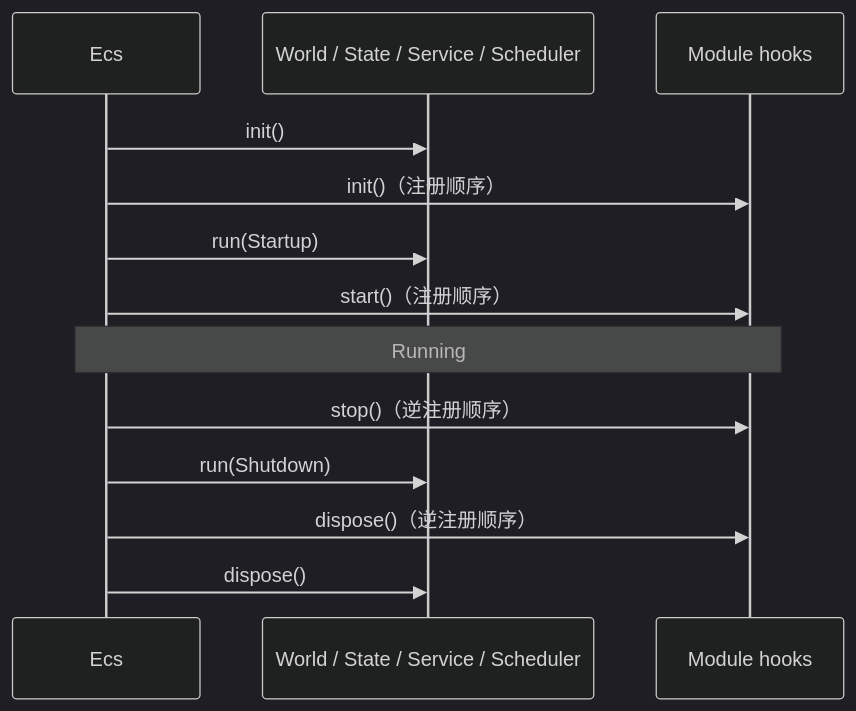
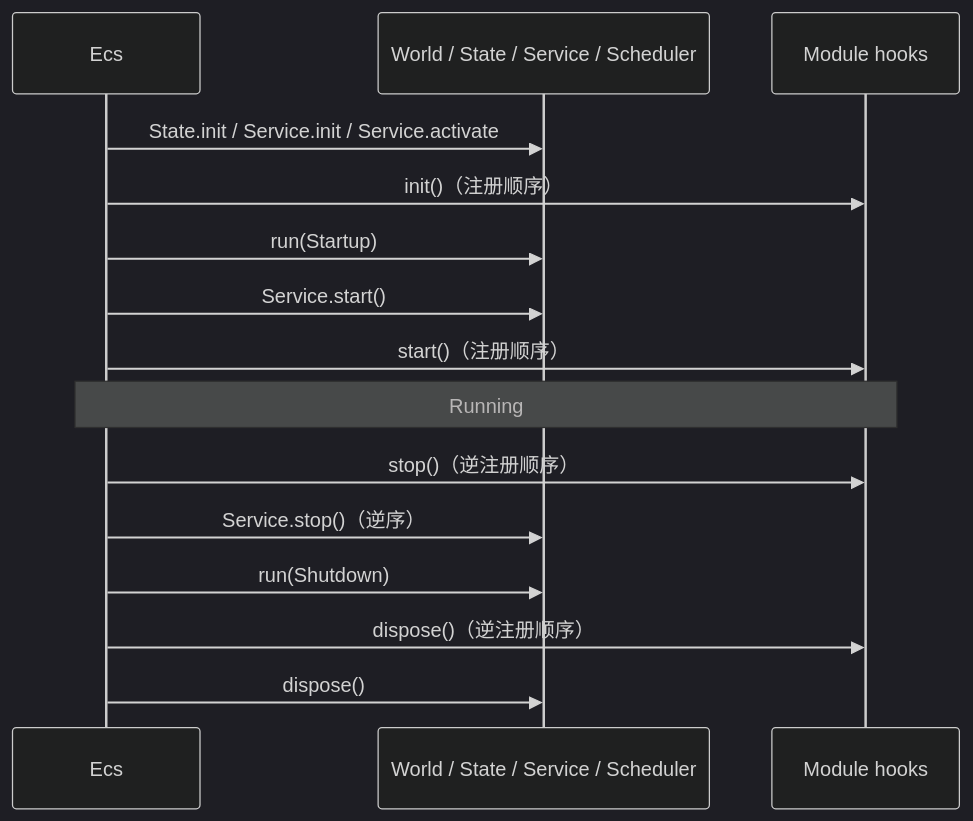
One commit to 465089258/zero-ecs changed diagram 12 of 12 in docs/architecture.md. Above: the diagram before and after it, drawn with Mermaid (dark theme). The commit also changed other lines of this file and 122 other files, not shown here.

````diff
--- a/docs/architecture.md
+++ b/docs/architecture.md
@@ -314,16 +325,18 @@
 ```mermaid
 sequenceDiagram
     participant Ecs
     participant Core as World / State / Service / Scheduler
     participant Modules as Module hooks
 
-    Ecs->>Core: init()
+    Ecs->>Core: State.init / Service.init / Service.activate
     Ecs->>Modules: init()（注册顺序）
     Ecs->>Core: run(Startup)
+    Ecs->>Core: Service.start()
     Ecs->>Modules: start()（注册顺序）
     Note over Ecs,Modules: Running
     Ecs->>Modules: stop()（逆注册顺序）
+    Ecs->>Core: Service.stop()（逆序）
     Ecs->>Core: run(Shutdown)
     Ecs->>Modules: dispose()（逆注册顺序）
     Ecs->>Core: dispose()
 ```
````
